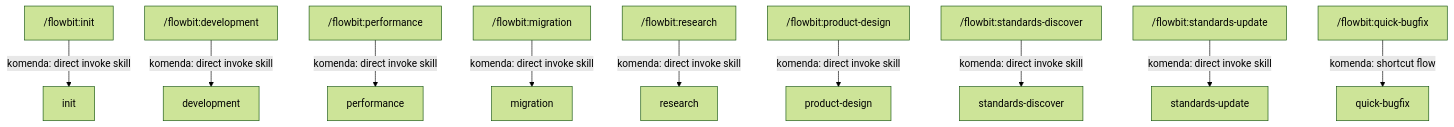
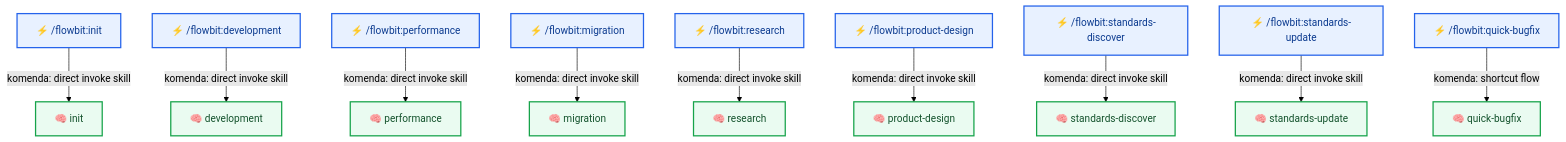
One commit to plucins/flowbit changed the third of 7 diagrams in docs/flow/overview.md. Above: the diagram before and after it, drawn with Mermaid (forest theme). The commit also changed other lines of this file and 1 other file, not shown here.

Commit message:
Enhance mermaid diagrams with icons and improved formatting in overview and workflows documentation

````diff
--- a/docs/flow/overview.md
+++ b/docs/flow/overview.md
@@ -66,12 +87,17 @@
 ```mermaid
 graph TD
-  INIT["/flowbit:init"] -- "komenda: direct invoke skill" --> S_INIT["init"]
-  DEV["/flowbit:development"] -- "komenda: direct invoke skill" --> S_DEV["development"]
-  PERF["/flowbit:performance"] -- "komenda: direct invoke skill" --> S_PERF["performance"]
-  MIG["/flowbit:migration"] -- "komenda: direct invoke skill" --> S_MIG["migration"]
-  RES["/flowbit:research"] -- "komenda: direct invoke skill" --> S_RES["research"]
-  PD["/flowbit:product-design"] -- "komenda: direct invoke skill" --> S_PD["product-design"]
-  STD_DISC["/flowbit:standards-discover"] -- "komenda: direct invoke skill" --> S_STD_DISC["standards-discover"]
-  STD_UPD["/flowbit:standards-update"] -- "komenda: direct invoke skill" --> S_STD_UPD["standards-update"]
-  QBUG["/flowbit:quick-bugfix"] -- "komenda: shortcut flow" --> S_QBUG["quick-bugfix"]
+  INIT["⚡ /flowbit:init"] -- "komenda: direct invoke skill" --> S_INIT["🧠 init"]
+  DEV["⚡ /flowbit:development"] -- "komenda: direct invoke skill" --> S_DEV["🧠 development"]
+  PERF["⚡ /flowbit:performance"] -- "komenda: direct invoke skill" --> S_PERF["🧠 performance"]
+  MIG["⚡ /flowbit:migration"] -- "komenda: direct invoke skill" --> S_MIG["🧠 migration"]
+  RES["⚡ /flowbit:research"] -- "komenda: direct invoke skill" --> S_RES["🧠 research"]
+  PD["⚡ /flowbit:product-design"] -- "komenda: direct invoke skill" --> S_PD["🧠 product-design"]
+  STD_DISC["⚡ /flowbit:standards-discover"] -- "komenda: direct invoke skill" --> S_STD_DISC["🧠 standards-discover"]
+  STD_UPD["⚡ /flowbit:standards-update"] -- "komenda: direct invoke skill" --> S_STD_UPD["🧠 standards-update"]
+  QBUG["⚡ /flowbit:quick-bugfix"] -- "komenda: shortcut flow" --> S_QBUG["🧠 quick-bugfix"]
+
+  classDef cmd fill:#E8F1FF,stroke:#2563EB,stroke-width:2px,color:#0B3A8F;
+  classDef skill fill:#EAFBF1,stroke:#16A34A,stroke-width:2px,color:#14532D;
+  class INIT,DEV,PERF,MIG,RES,PD,STD_DISC,STD_UPD,QBUG cmd;
+  class S_INIT,S_DEV,S_PERF,S_MIG,S_RES,S_PD,S_STD_DISC,S_STD_UPD,S_QBUG skill;
 ```
````
